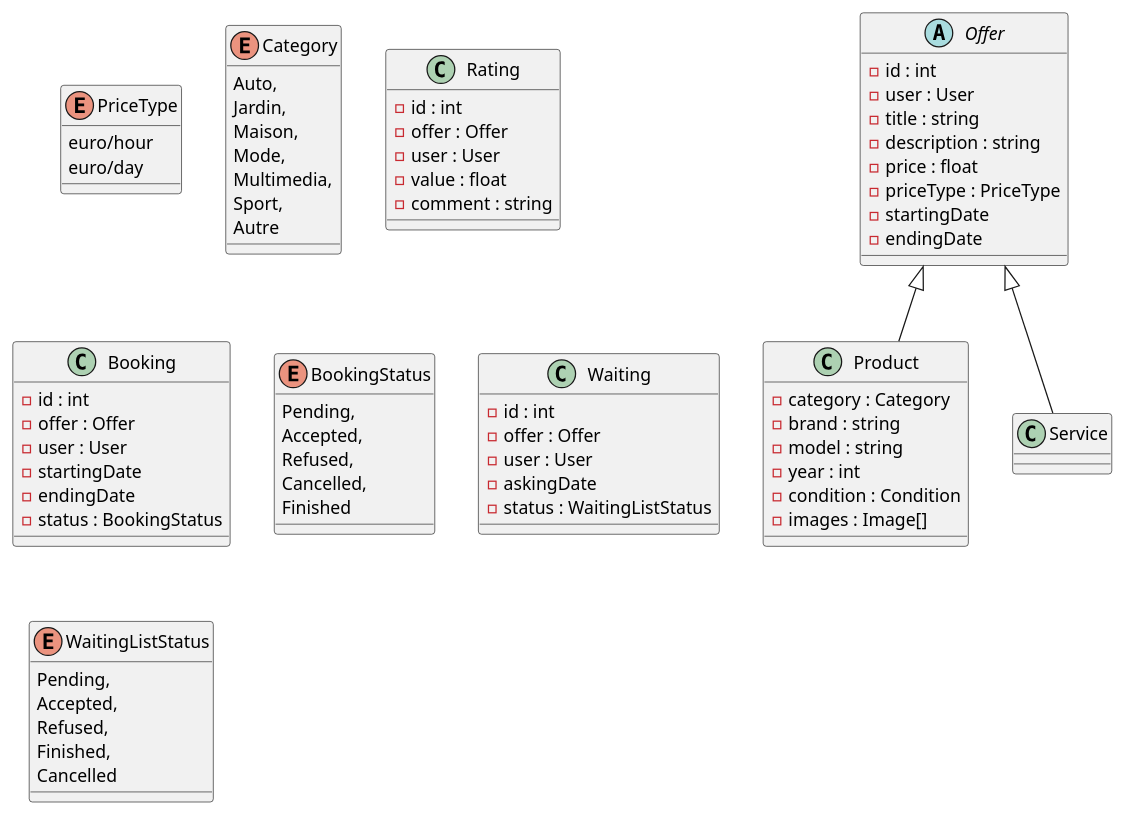
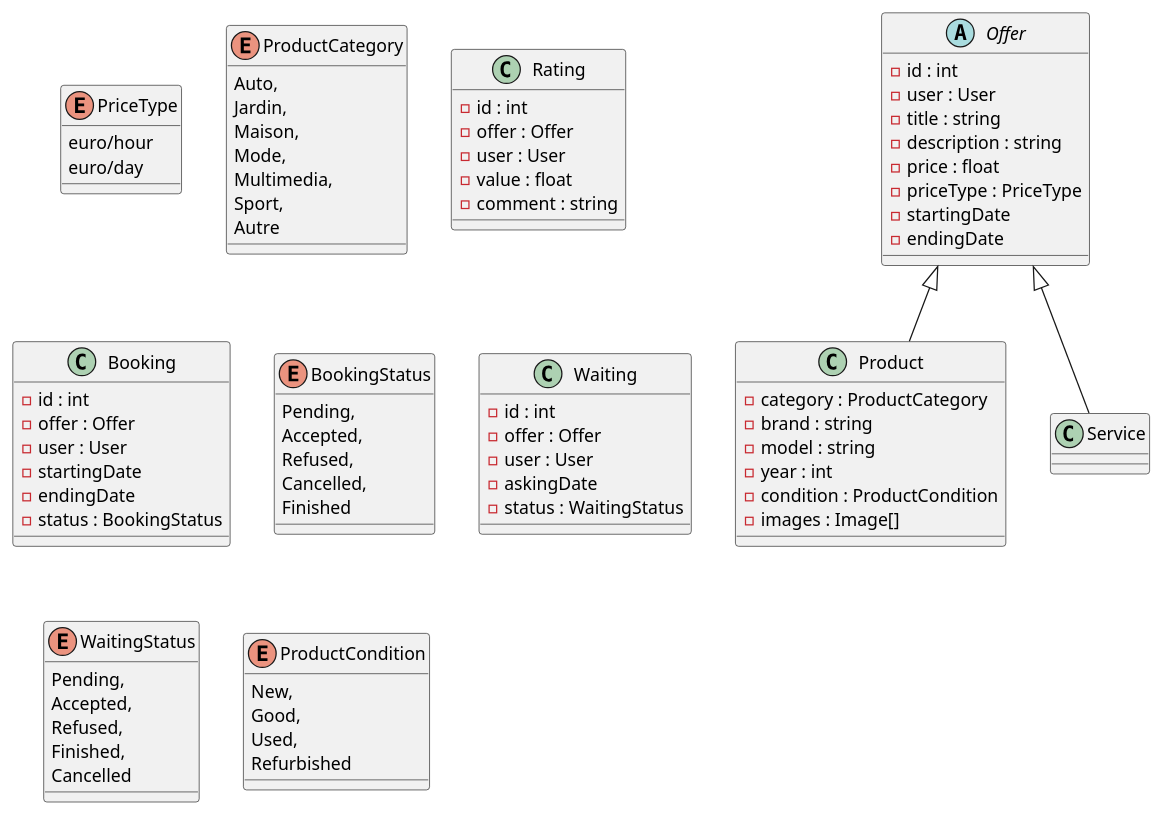
The diagram in condingLate/diagrams/Product.puml (IamMoShi/codingweek-30), drawn with PlantUML before and after one commit. The commit also changed 29 other files, not shown here.

```diff
--- a/condingLate/diagrams/Product.puml
+++ b/condingLate/diagrams/Product.puml
@@ -1,87 +1,93 @@
 @startuml
 
 abstract class Offer {
     - id : int
     - user : User
     - title : string
     - description : string
     - price : float
     - priceType : PriceType
     - startingDate
     - endingDate
 }
 
 enum PriceType {
     euro/hour
     euro/day
 }
 
 
 class Product extends Offer {
-    - category : Category
+    - category : ProductCategory
     - brand : string
     - model : string
     - year : int
-    - condition : Condition
+    - condition : ProductCondition
     - images : Image[]
 }
 
-enum Category {
+enum ProductCategory {
     Auto,
     Jardin,
     Maison,
     Mode,
     Multimedia,
     Sport,
     Autre
 }
 
 class Service extends Offer {
 
 }
 
 class Rating {
     - id : int
     - offer : Offer
     - user : User
     - value : float
     - comment : string
 }
 
 
 class Booking {
     - id : int
     - offer : Offer
     - user : User
     - startingDate
     - endingDate
     - status : BookingStatus
 }
 
 enum BookingStatus {
     Pending,
     Accepted,
     Refused,
     Cancelled,
     Finished
 }
 
 class Waiting {
     - id : int
     - offer : Offer
     - user : User
     - askingDate
-    - status : WaitingListStatus
+    - status : WaitingStatus
 }
 
-enum WaitingListStatus {
+enum WaitingStatus {
     Pending,
     Accepted,
     Refused,
     Finished,
     Cancelled
 }
 
+enum ProductCondition {
+    New,
+    Good,
+    Used,
+    Refurbished
+}
 
 
 @enduml
```
